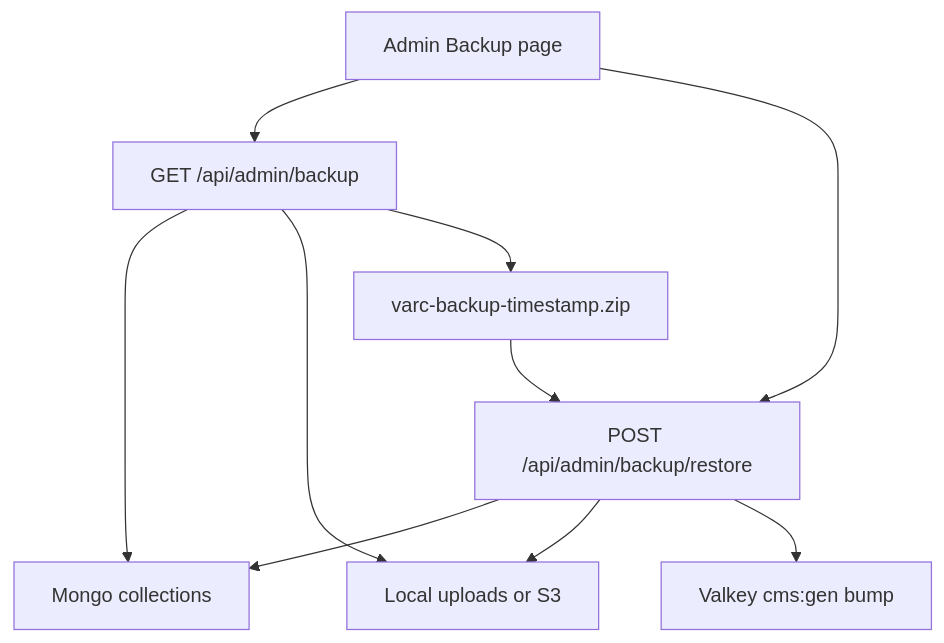
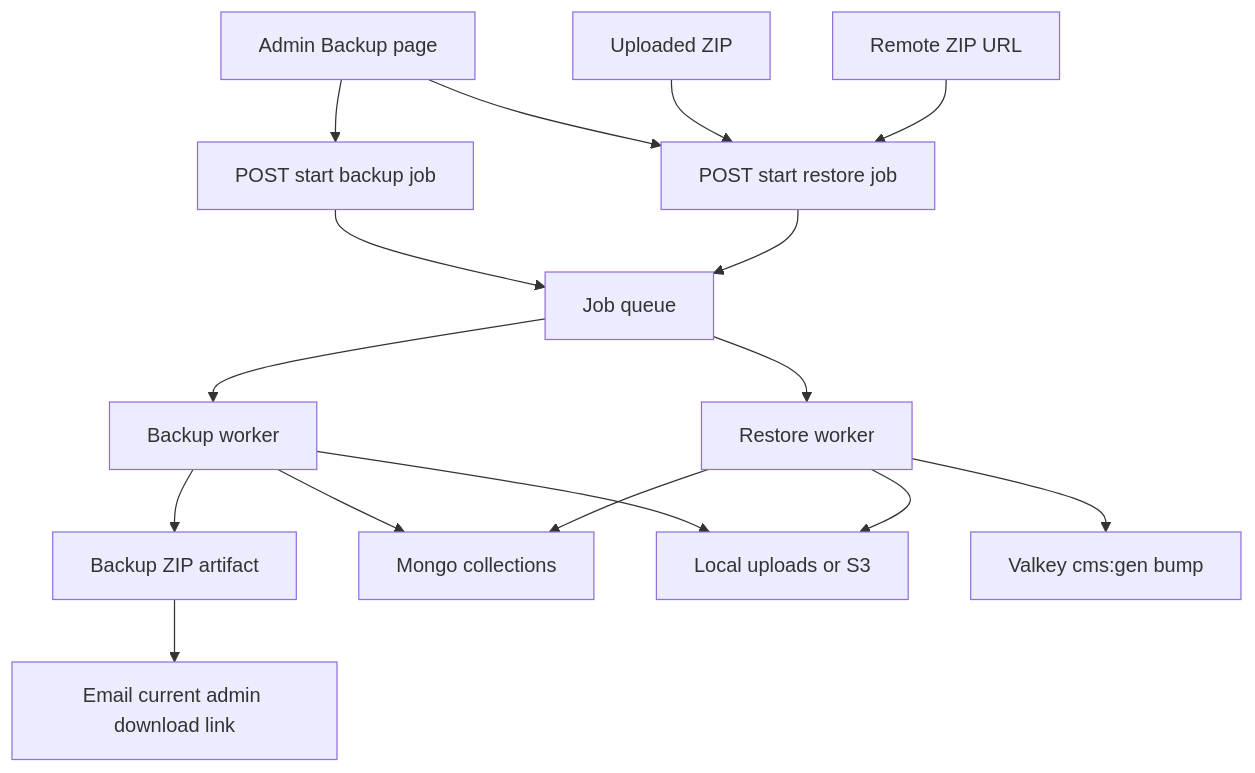
The diagram in .cursor/plans/backup_restore_check_a59d5ad7.plan.md (AngelicHands/varc-portal), drawn with Mermaid before and after one commit. The commit also changed other lines of this file and 33 other files, not shown here.

Commit message:
Add backup/restore

````diff
--- a/.cursor/plans/backup_restore_check_a59d5ad7.plan.md
+++ b/.cursor/plans/backup_restore_check_a59d5ad7.plan.md
@@ -27,19 +27,31 @@
 ```mermaid
 flowchart TB
   ui["Admin Backup page"]
-  getApi["GET /api/admin/backup"]
-  postApi["POST /api/admin/backup/restore"]
+  startBackup["POST start backup job"]
+  queue["Job queue"]
+  backupWorker["Backup worker"]
+  artifact["Backup ZIP artifact"]
+  email["Email current admin download link"]
+  startRestore["POST start restore job"]
+  restoreWorker["Restore worker"]
   mongo["Mongo collections"]
   media["Local uploads or S3"]
   valkey["Valkey cms:gen bump"]
-  zip["varc-backup-timestamp.zip"]
-  ui --> getApi
-  getApi --> mongo
-  getApi --> media
-  getApi --> zip
-  ui --> postApi
-  zip --> postApi
-  postApi --> mongo
-  postApi --> media
-  postApi --> valkey
+  remoteUrl["Remote ZIP URL"]
+  upload["Uploaded ZIP"]
+  ui --> startBackup
+  startBackup --> queue
+  queue --> backupWorker
+  backupWorker --> mongo
+  backupWorker --> media
+  backupWorker --> artifact
+  artifact --> email
+  ui --> startRestore
+  upload --> startRestore
+  remoteUrl --> startRestore
+  startRestore --> queue
+  queue --> restoreWorker
+  restoreWorker --> mongo
+  restoreWorker --> media
+  restoreWorker --> valkey
 ```
````
